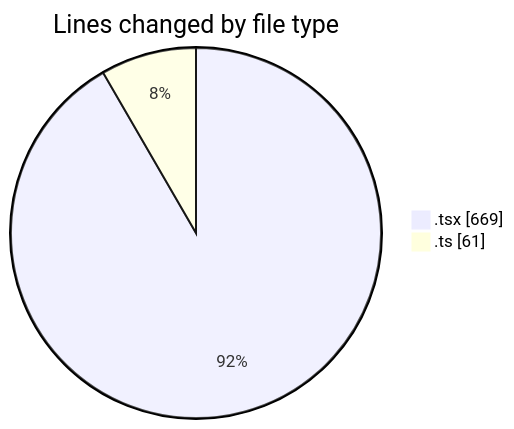
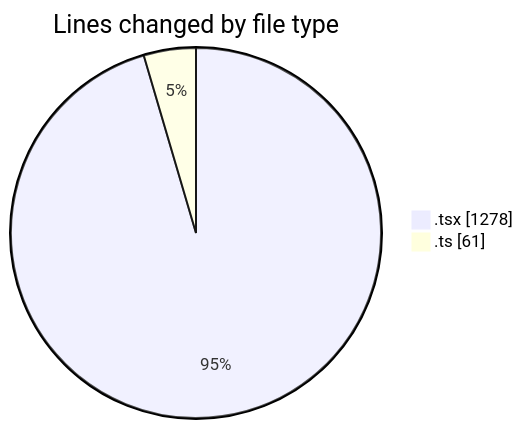
One commit to julien-gomy/code-tracking changed the first of 2 diagrams in 2025-11-18/eventscop-frontend-guide__workspace_/README.md. Above: the diagram before and after it, drawn with Mermaid. The commit also changed other lines of this file and 1 other file, not shown here.

````diff
--- a/2025-11-18/eventscop-frontend-guide__workspace_/README.md
+++ b/2025-11-18/eventscop-frontend-guide__workspace_/README.md
@@ -27,6 +29,6 @@
 ```mermaid
 pie showData
 title Lines changed by file type
-".tsx" : 669
+".tsx" : 1278
 ".ts" : 61
 ```
````
